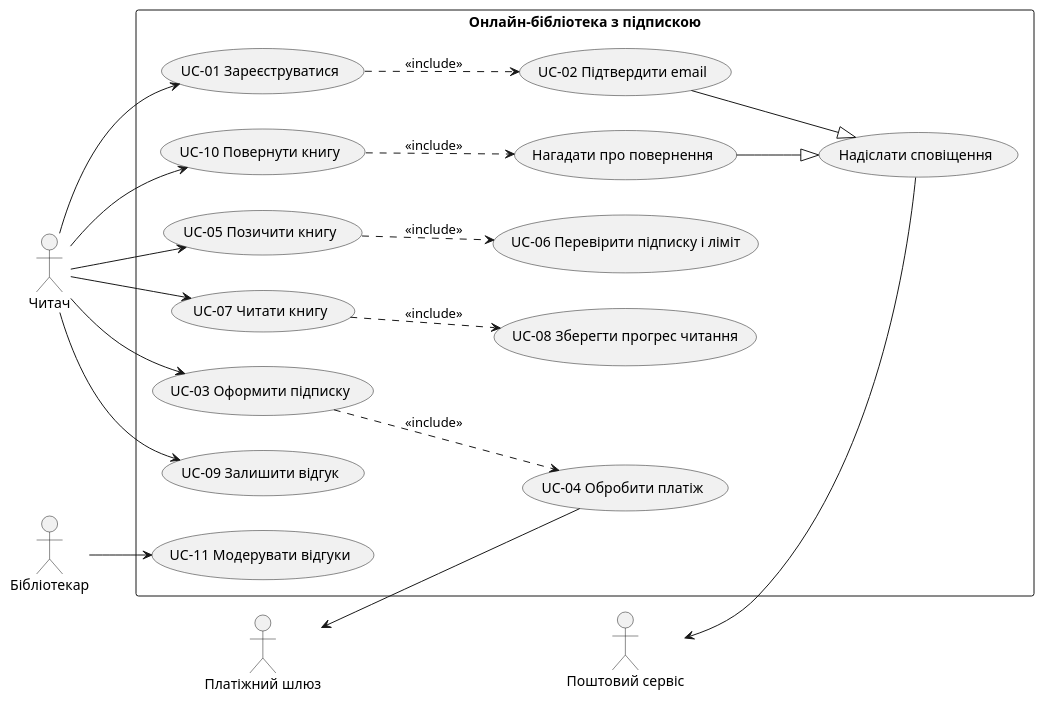
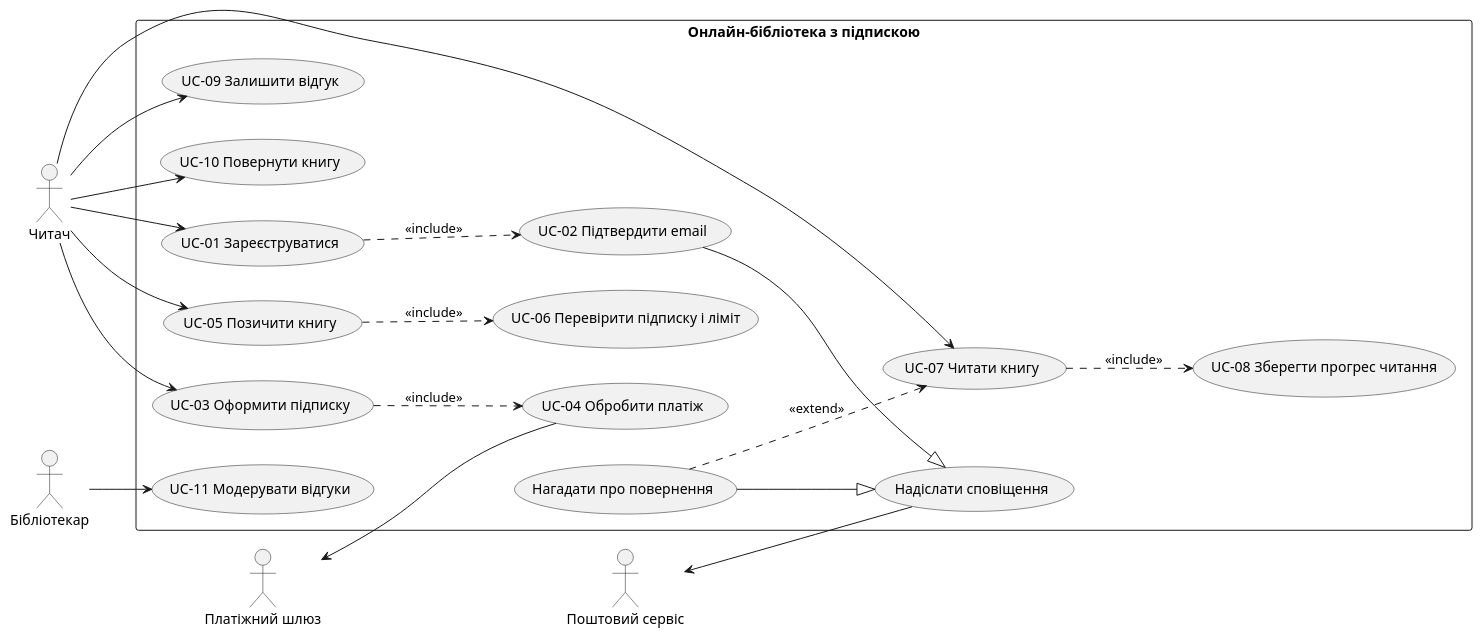
The diagram in Labs/lab2-usecases/model/usecase.puml (sanyalovemoney/KPI_labs), drawn with PlantUML before and after one commit.

Commit message:
lab2: fix - reminder as extend of reading, closes include+extend+generalization criterion
Review gap: criterion 5 required extend; audit top-3 missed it.

```diff
--- a/Labs/lab2-usecases/model/usecase.puml
+++ b/Labs/lab2-usecases/model/usecase.puml
@@ -1,45 +1,46 @@
 @startuml usecase
 left to right direction
 skinparam packageStyle rectangle
 
 actor "Читач" as reader
 actor "Бібліотекар" as librarian
 actor "Платіжний шлюз" as gateway
 actor "Поштовий сервіс" as mail
 
 rectangle "Онлайн-бібліотека з підпискою" {
   usecase "UC-01 Зареєструватися" as UC01
   usecase "UC-02 Підтвердити email" as UC02
   usecase "UC-03 Оформити підписку" as UC03
   usecase "UC-04 Обробити платіж" as UC04
   usecase "UC-05 Позичити книгу" as UC05
   usecase "UC-06 Перевірити підписку і ліміт" as UC06
   usecase "UC-07 Читати книгу" as UC07
   usecase "UC-08 Зберегти прогрес читання" as UC08
   usecase "UC-09 Залишити відгук" as UC09
   usecase "UC-10 Повернути книгу" as UC10
   usecase "UC-11 Модерувати відгуки" as UC11
   usecase "Надіслати сповіщення" as UCNotify
   usecase "Нагадати про повернення" as UC12
 }
 
 reader --> UC01
 reader --> UC03
 reader --> UC05
 reader --> UC07
 reader --> UC09
 reader --> UC10
 librarian --> UC11
 
 UC01 ..> UC02 : <<include>>
 UC03 ..> UC04 : <<include>>
 UC05 ..> UC06 : <<include>>
 UC07 ..> UC08 : <<include>>
-UC10 ..> UC12 : <<include>>
+' нагадування — умовний вкладений крок читання (умова: наближається due_at)
+UC12 ..> UC07 : <<extend>>
 
 UC02 --|> UCNotify
 UC12 --|> UCNotify
 
 gateway <-- UC04
 mail <-- UCNotify
 @enduml
```
